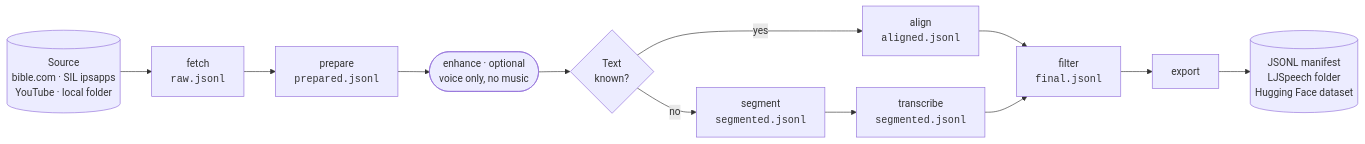
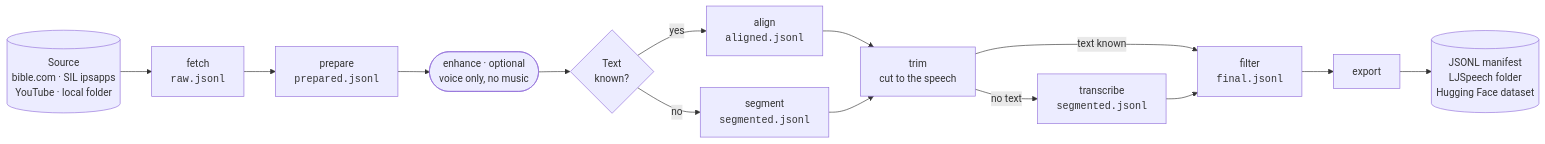
One commit to anyantudre/MooreSpeechCorpora changed the diagram in README.md. Above: the diagram before and after it, drawn with Mermaid. The commit also changed other lines of this file and 5 other files, not shown here.

First line of the commit message:
Add a trim step that cuts each clip to its speech

````diff
--- a/README.md
+++ b/README.md
@@ -61,14 +61,16 @@
 ```mermaid
 flowchart LR
     src[("Source<br/>bible.com · SIL ipsapps<br/>YouTube · local folder")] --> fetch
     fetch["fetch<br/><code>raw.jsonl</code>"] --> prepare["prepare<br/><code>prepared.jsonl</code>"]
     prepare --> enhance(["enhance · optional<br/>voice only, no music"])
     enhance --> known{"Text<br/>known?"}
     known -- yes --> align["align<br/><code>aligned.jsonl</code>"]
     known -- no --> segment["segment<br/><code>segmented.jsonl</code>"]
-    segment --> transcribe["transcribe<br/><code>segmented.jsonl</code>"]
-    align --> filter["filter<br/><code>final.jsonl</code>"]
+    align --> trim["trim<br/>cut to the speech"]
+    segment --> trim
+    trim -- text known --> filter["filter<br/><code>final.jsonl</code>"]
+    trim -- no text --> transcribe["transcribe<br/><code>segmented.jsonl</code>"]
     transcribe --> filter
     filter --> export["export"]
     export --> out[("JSONL manifest<br/>LJSpeech folder<br/>Hugging Face dataset")]
 ```
````
